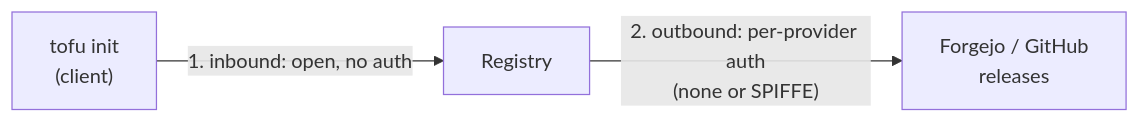
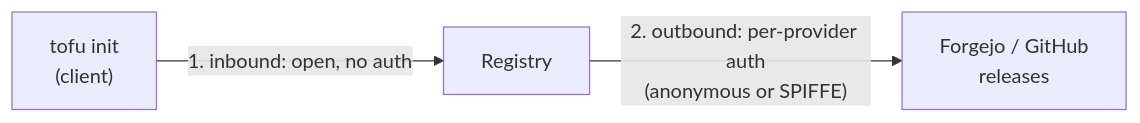
One commit to ilmax/blog changed the diagram in content/posts/lightweight-opentofu-registry/index.md. Above: the diagram before and after it, drawn with Mermaid. The commit also changed other lines of this file, not shown here.

```diff
--- a/content/posts/lightweight-opentofu-registry/index.md
+++ b/content/posts/lightweight-opentofu-registry/index.md
@@ -53,5 +53,5 @@
 {{< mermaid >}}
 flowchart LR
     C["tofu init<br/>(client)"] -->|"1. inbound: open, no auth"| R["Registry"]
-    R -->|"2. outbound: per-provider auth<br/>(none or SPIFFE)"| F["Forgejo / GitHub<br/>releases"]
+    R -->|"2. outbound: per-provider auth<br/>(anonymous or SPIFFE)"| F["Forgejo / GitHub<br/>releases"]
 {{< /mermaid >}}
```
